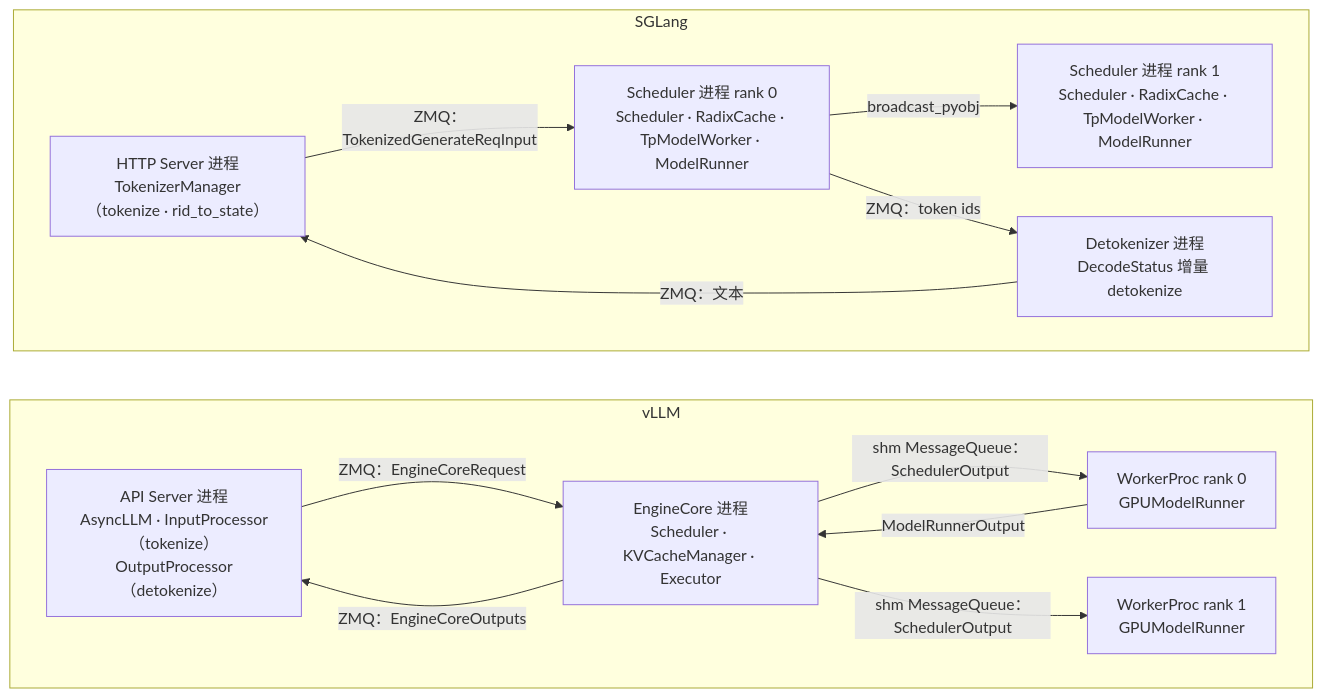
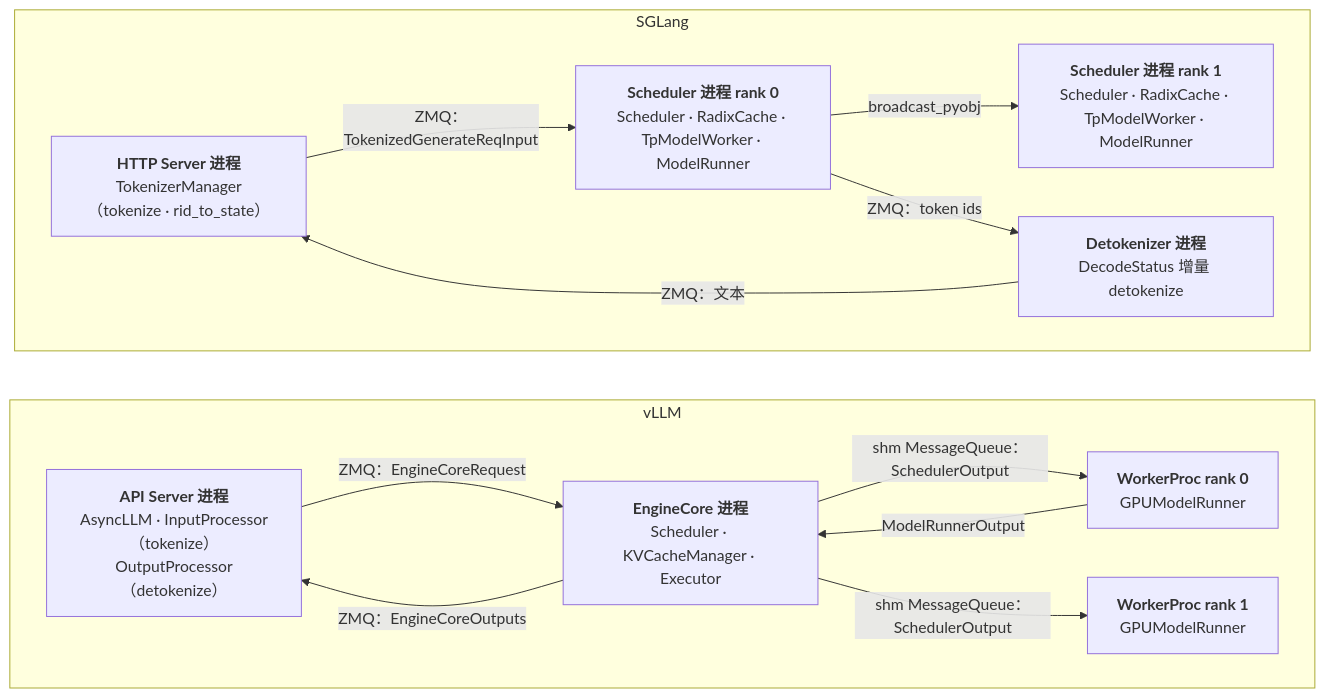
One commit to arganzheng/arganzheng.github.com changed the second of 5 diagrams in _posts/2026-08-25-vllm-vs-sglang.md. Above: the diagram before and after it, drawn with Mermaid. The commit also changed other lines of this file and 14 other files, not shown here.

First line of the commit message:
大模型推理系统揭秘：从 vLLM 看 LLM Serving Infra 核心技术：Mermaid 多行方框的首行标为标题（15 篇）

````diff
--- a/_posts/2026-08-25-vllm-vs-sglang.md
+++ b/_posts/2026-08-25-vllm-vs-sglang.md
@@ -125,27 +125,27 @@
 ```mermaid
 %% 图：两套系统的进程拓扑：vLLM 一个 EngineCore 指挥 N 个 WorkerProc，SGLang 每个 rank 一个 Scheduler 进程、各自内含 ModelRunner
 flowchart LR
     subgraph VL["vLLM"]
         direction LR
-        VA["API Server 进程<br/>AsyncLLM · InputProcessor（tokenize）<br/>OutputProcessor（detokenize）"]
-        VE["EngineCore 进程<br/>Scheduler · KVCacheManager · Executor"]
-        VW0["WorkerProc rank 0<br/>GPUModelRunner"]
-        VW1["WorkerProc rank 1<br/>GPUModelRunner"]
+        VA["<b>API Server 进程</b><br/>AsyncLLM · InputProcessor（tokenize）<br/>OutputProcessor（detokenize）"]
+        VE["<b>EngineCore 进程</b><br/>Scheduler · KVCacheManager · Executor"]
+        VW0["<b>WorkerProc rank 0</b><br/>GPUModelRunner"]
+        VW1["<b>WorkerProc rank 1</b><br/>GPUModelRunner"]
         VA -->|"ZMQ：EngineCoreRequest"| VE
         VE -->|"shm MessageQueue：SchedulerOutput"| VW0
         VE -->|"shm MessageQueue：SchedulerOutput"| VW1
         VW0 -->|"ModelRunnerOutput"| VE
         VE -->|"ZMQ：EngineCoreOutputs"| VA
     end
     subgraph SG["SGLang"]
         direction LR
-        SA["HTTP Server 进程<br/>TokenizerManager（tokenize · rid_to_state）"]
-        SS0["Scheduler 进程 rank 0<br/>Scheduler · RadixCache · TpModelWorker · ModelRunner"]
-        SS1["Scheduler 进程 rank 1<br/>Scheduler · RadixCache · TpModelWorker · ModelRunner"]
-        SD["Detokenizer 进程<br/>DecodeStatus 增量 detokenize"]
+        SA["<b>HTTP Server 进程</b><br/>TokenizerManager（tokenize · rid_to_state）"]
+        SS0["<b>Scheduler 进程 rank 0</b><br/>Scheduler · RadixCache · TpModelWorker · ModelRunner"]
+        SS1["<b>Scheduler 进程 rank 1</b><br/>Scheduler · RadixCache · TpModelWorker · ModelRunner"]
+        SD["<b>Detokenizer 进程</b><br/>DecodeStatus 增量 detokenize"]
         SA -->|"ZMQ：TokenizedGenerateReqInput"| SS0
         SS0 -->|"broadcast_pyobj"| SS1
         SS0 -->|"ZMQ：token ids"| SD
         SD -->|"ZMQ：文本"| SA
     end
 ```
````
